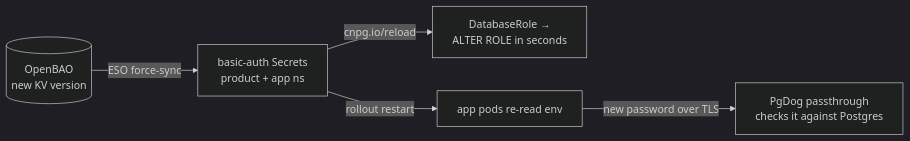
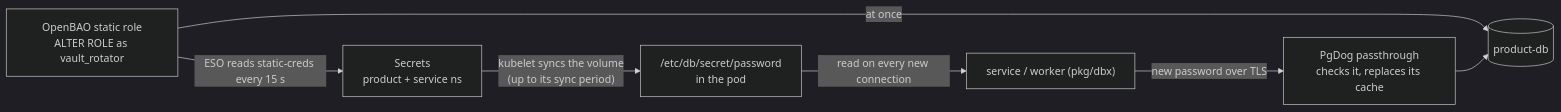
Before and after one commit to duynhlab/homelab: the diagram in docs/databases/runbooks/rotate-cnpg-service-password.md, drawn with Mermaid (dark theme). The commit also changed other lines of this file and 44 other files, not shown here.

First line of the commit message:
Rotate product-db runtime passwords via OpenBAO (#1312)

````diff
--- a/docs/databases/runbooks/rotate-cnpg-service-password.md
+++ b/docs/databases/runbooks/rotate-cnpg-service-password.md
@@ -21,7 +19,9 @@
 ```mermaid
 flowchart LR
-    OB[(OpenBAO<br/>new KV version)] -->|ESO force-sync| S[basic-auth Secrets<br/>product + app ns]
-    S -->|cnpg.io/reload| R[DatabaseRole →<br/>ALTER ROLE in seconds]
-    S -->|rollout restart| A[app pods re-read env]
-    A -->|new password over TLS| P[PgDog passthrough<br/>checks it against Postgres]
+    OB["OpenBAO static role<br/>ALTER ROLE as vault_rotator"] -->|"at once"| PG[("product-db")]
+    OB -->|"ESO reads static-creds every 15 s"| S["Secrets<br/>product + service ns"]
+    S -->|"kubelet syncs the volume<br/>(up to its sync period)"| F["/etc/db/secret/password<br/>in the pod"]
+    F -->|"read on every new connection"| A["service / worker (pkg/dbx)"]
+    A -->|"new password over TLS"| D["PgDog passthrough<br/>checks it, replaces its cache"]
+    D --> PG
 ```
````
